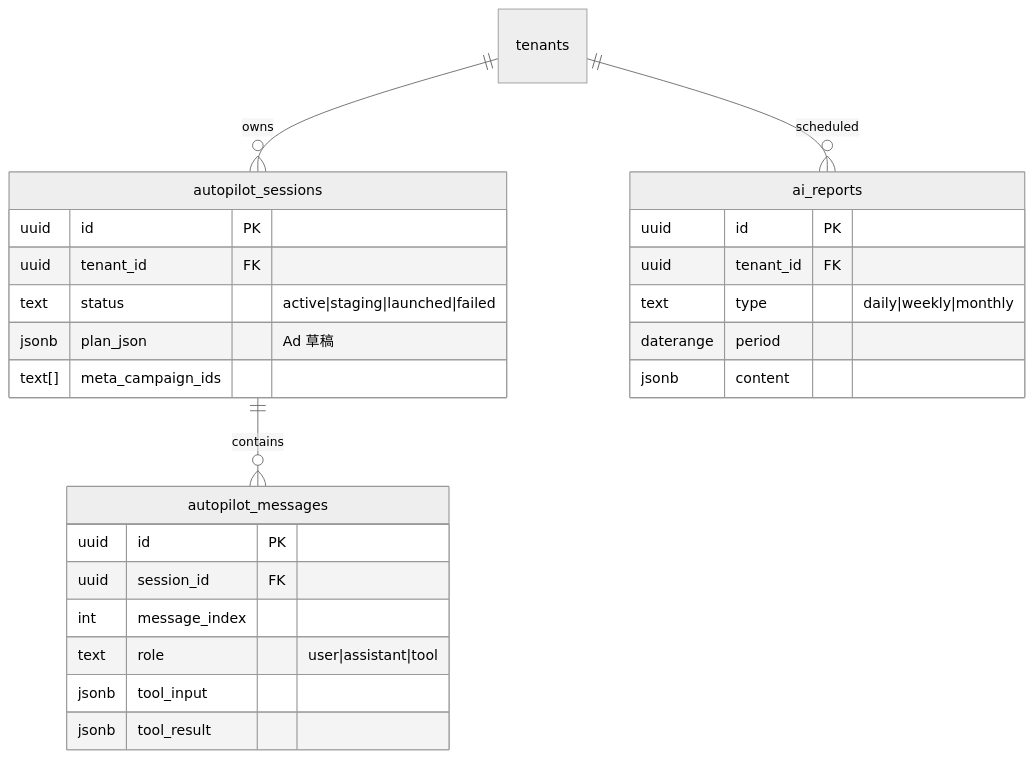
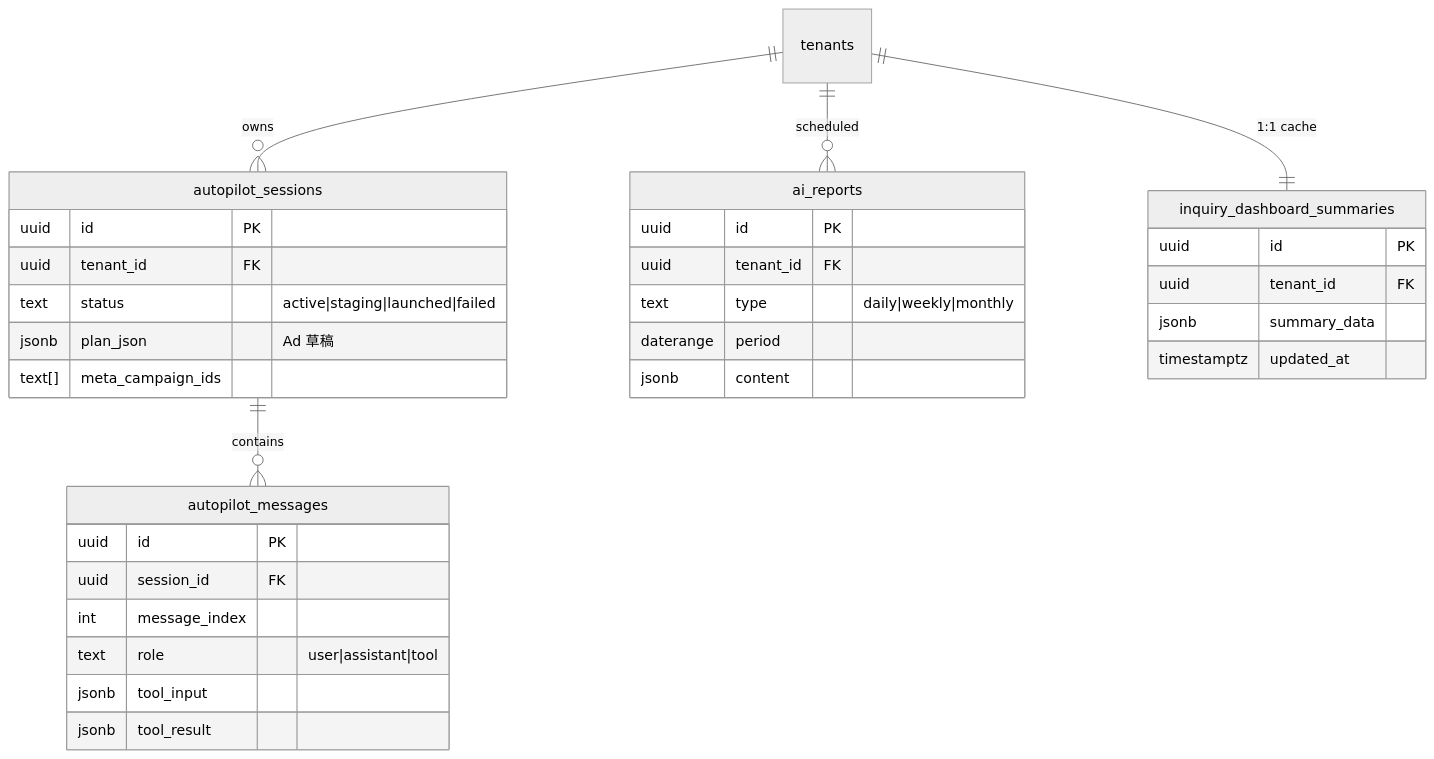
The fifth of 8 diagrams in README.md (Sciiaok/xuqiu-bot), drawn with Mermaid (neutral theme) before and after one commit. The commit also changed other lines of this file, not shown here.

````diff
--- a/README.md
+++ b/README.md
@@ -364,29 +431,36 @@
 ```mermaid
 erDiagram
   tenants ||--o{ autopilot_sessions : "owns"
   autopilot_sessions ||--o{ autopilot_messages : "contains"
   tenants ||--o{ ai_reports : "scheduled"
+  tenants ||--|| inquiry_dashboard_summaries : "1:1 cache"
 
   autopilot_sessions {
     uuid id PK
     uuid tenant_id FK
     text status "active|staging|launched|failed"
     jsonb plan_json "Ad 草稿"
     text[] meta_campaign_ids
   }
   autopilot_messages {
     uuid id PK
     uuid session_id FK
     int message_index
     text role "user|assistant|tool"
     jsonb tool_input
     jsonb tool_result
   }
   ai_reports {
     uuid id PK
     uuid tenant_id FK
     text type "daily|weekly|monthly"
     daterange period
     jsonb content
   }
+  inquiry_dashboard_summaries {
+    uuid id PK
+    uuid tenant_id FK
+    jsonb summary_data
+    timestamptz updated_at
+  }
 ```
````
